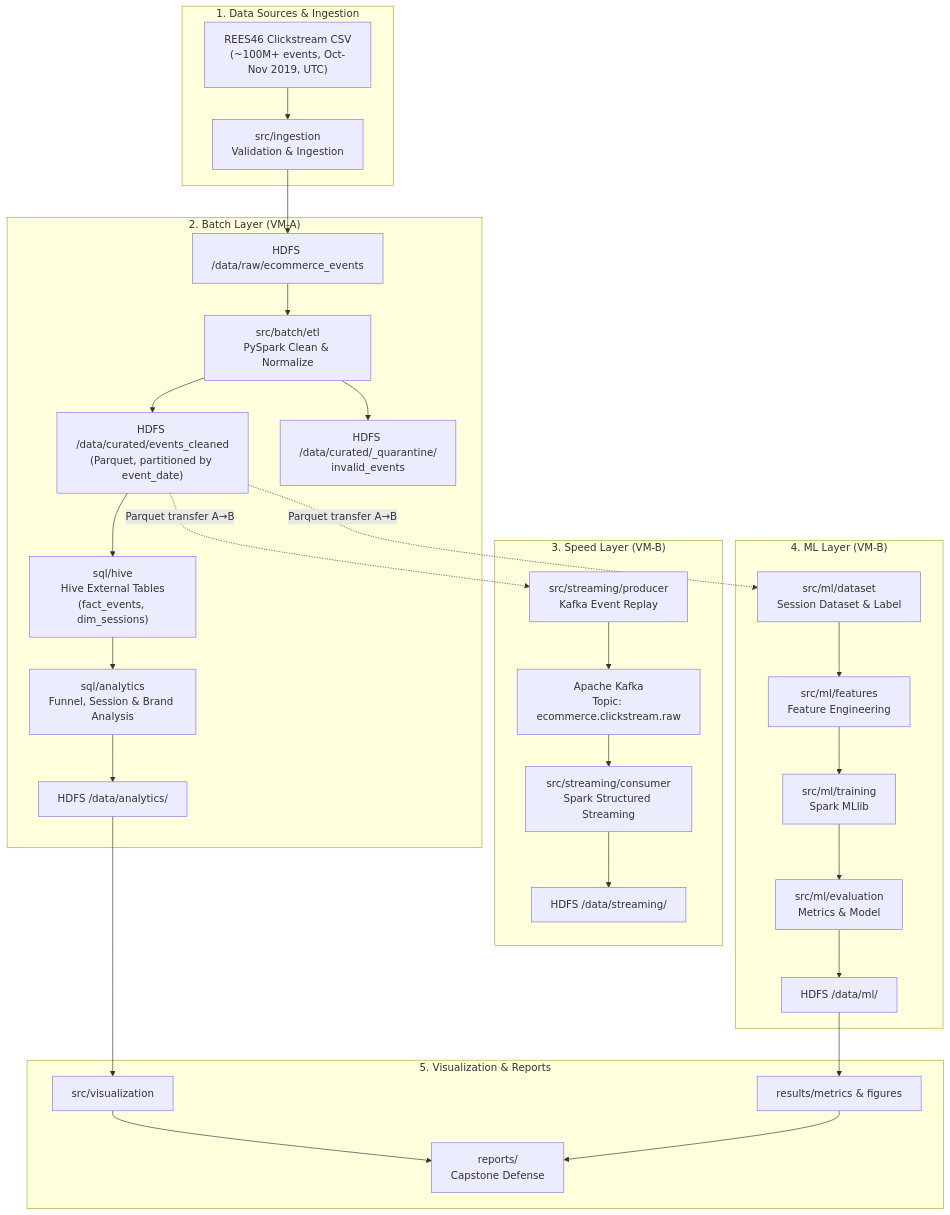
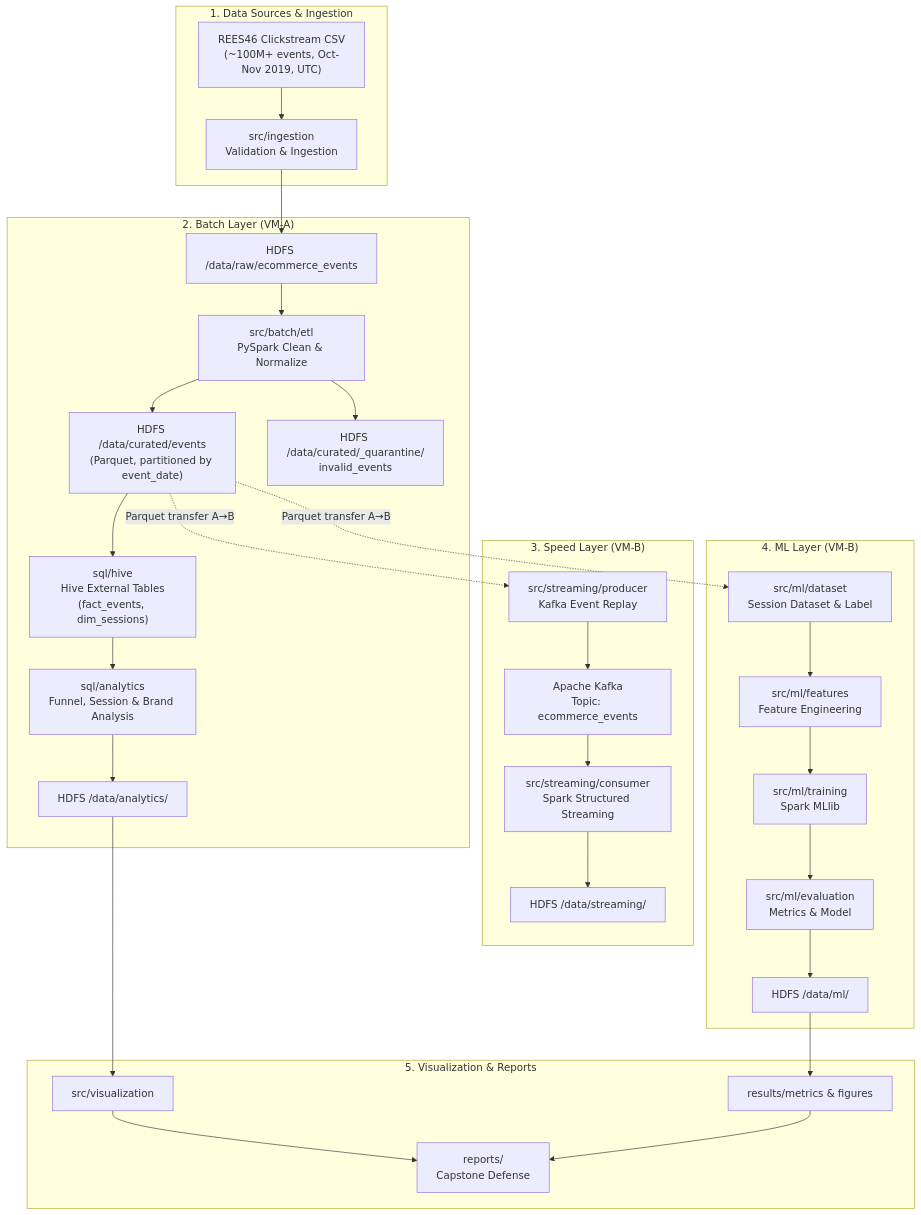
Before and after one commit to ngndng19xs/ecommerce-bigdata-capstone: the diagram in docs/architecture.md, drawn with Mermaid. The commit also changed other lines of this file and 20 other files, not shown here.

Commit message:
feat: Hoàn thiện nền tảng Kafka, Data Contract, Event Replay và Spark Structured Streaming (B1–B3)

````diff
--- a/docs/architecture.md
+++ b/docs/architecture.md
@@ -50,38 +50,38 @@
 ```mermaid
 flowchart TD
     subgraph Data_Sources["1. Data Sources & Ingestion"]
         A1["REES46 Clickstream CSV<br/>(~100M+ events, Oct-Nov 2019, UTC)"] --> B1["src/ingestion<br/>Validation & Ingestion"]
     end
 
     subgraph Batch_Layer["2. Batch Layer (VM-A)"]
         B1 --> D1["HDFS /data/raw/ecommerce_events"]
         D1 --> D2["src/batch/etl<br/>PySpark Clean & Normalize"]
-        D2 --> D3["HDFS /data/curated/events_cleaned<br/>(Parquet, partitioned by event_date)"]
+        D2 --> D3["HDFS /data/curated/events<br/>(Parquet, partitioned by event_date)"]
         D2 --> DQ["HDFS /data/curated/_quarantine/<br/>invalid_events"]
         D3 --> D4["sql/hive<br/>Hive External Tables<br/>(fact_events, dim_sessions)"]
         D4 --> D5["sql/analytics<br/>Funnel, Session & Brand Analysis"]
         D5 --> DA["HDFS /data/analytics/"]
     end
 
     subgraph Streaming_Layer["3. Speed Layer (VM-B)"]
         D3 -.->|"Parquet transfer A→B"| C1["src/streaming/producer<br/>Kafka Event Replay"]
-        C1 --> C2["Apache Kafka<br/>Topic: ecommerce.clickstream.raw"]
+        C1 --> C2["Apache Kafka<br/>Topic: ecommerce_events"]
         C2 --> C3["src/streaming/consumer<br/>Spark Structured Streaming"]
         C3 --> C4["HDFS /data/streaming/"]
     end
 
     subgraph ML_Layer["4. ML Layer (VM-B)"]
         D3 -.->|"Parquet transfer A→B"| E1["src/ml/dataset<br/>Session Dataset & Label"]
         E1 --> E2["src/ml/features<br/>Feature Engineering"]
         E2 --> E3["src/ml/training<br/>Spark MLlib"]
         E3 --> E4["src/ml/evaluation<br/>Metrics & Model"]
         E4 --> E5["HDFS /data/ml/"]
     end
 
     subgraph Presentation["5. Visualization & Reports"]
         DA --> F1["src/visualization"]
         E5 --> F2["results/metrics & figures"]
         F1 --> G1["reports/<br/>Capstone Defense"]
         F2 --> G1
     end
 ```
````
